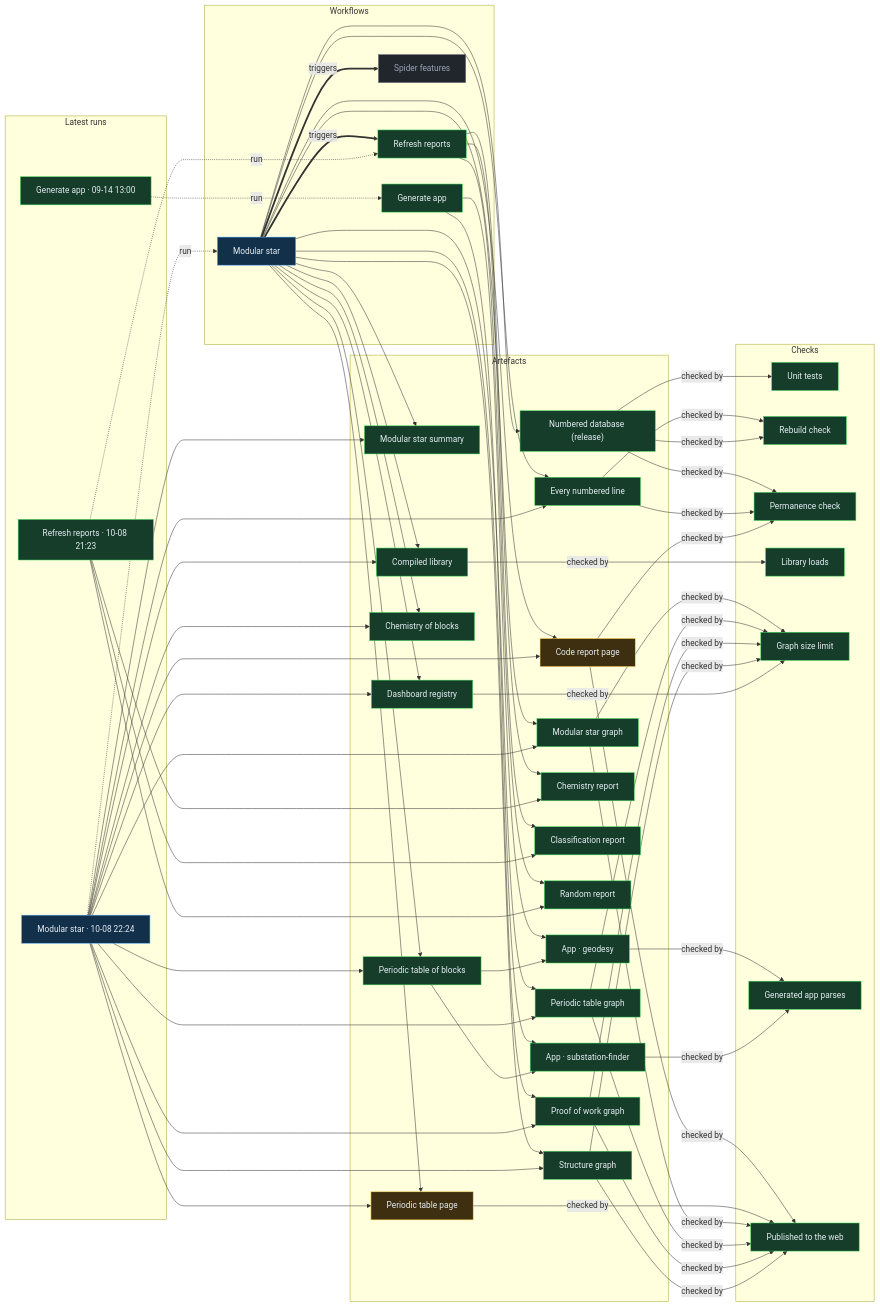
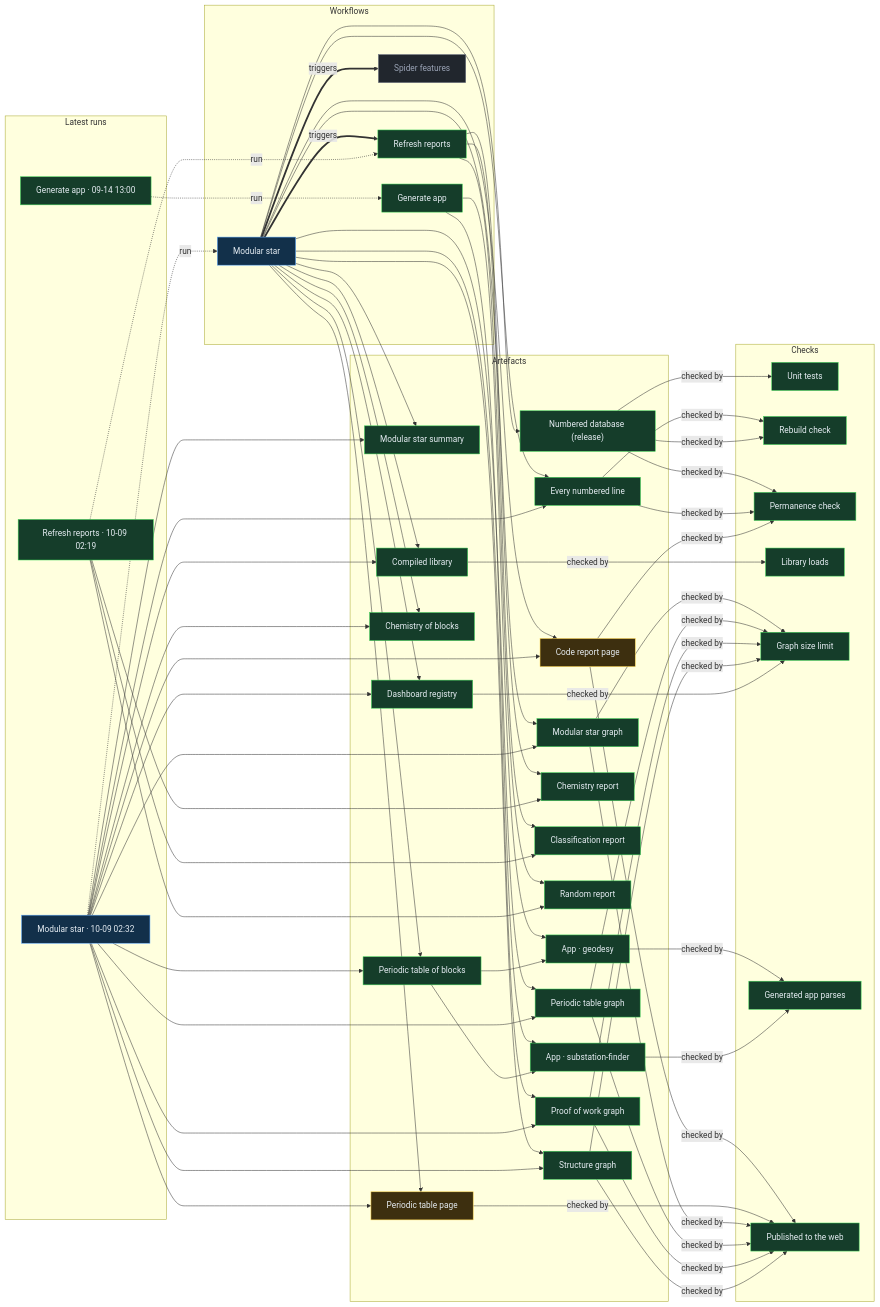
One commit to Ventusltd/stars changed the diagram in proof/PROOF.md. Above: the diagram before and after it, drawn with Mermaid. The commit also changed other lines of this file and 44 other files, not shown here.

Commit message:
Modular star 2026-10-09T02:35Z

```diff
--- a/proof/PROOF.md
+++ b/proof/PROOF.md
@@ -24,8 +24,8 @@
   n_wf_spider_features["Spider features"]:::off
   end
   subgraph g_runs["Latest runs"]
-  n_run_37853262440["Modular star · 10-08 22:24"]:::live
-  n_run_37846481859["Refresh reports · 10-08 21:23"]:::ok
+  n_run_37875033769["Modular star · 10-09 02:32"]:::live
+  n_run_37874011871["Refresh reports · 10-09 02:19"]:::ok
   n_run_34846587798["Generate app · 09-14 13:00"]:::ok
   end
   subgraph g_artefacts["Artefacts"]
@@ -59,39 +59,39 @@
   end
   n_wf_modular_star == triggers ==> n_wf_refresh
   n_wf_modular_star == triggers ==> n_wf_spider_features
-  n_run_37853262440 -. run .-> n_wf_modular_star
-  n_run_37846481859 -. run .-> n_wf_refresh
+  n_run_37875033769 -. run .-> n_wf_modular_star
+  n_run_37874011871 -. run .-> n_wf_refresh
   n_run_34846587798 -. run .-> n_wf_generate
   n_wf_modular_star --> n_art_summary
-  n_run_37853262440 --> n_art_summary
+  n_run_37875033769 --> n_art_summary
   n_wf_modular_star --> n_art_lines
-  n_run_37853262440 --> n_art_lines
+  n_run_37875033769 --> n_art_lines
   n_wf_modular_star --> n_art_code
-  n_run_37853262440 --> n_art_code
+  n_run_37875033769 --> n_art_code
   n_wf_modular_star --> n_art_modular_graph
-  n_run_37853262440 --> n_art_modular_graph
+  n_run_37875033769 --> n_art_modular_graph
   n_wf_modular_star --> n_art_blocks
-  n_run_37853262440 --> n_art_blocks
+  n_run_37875033769 --> n_art_blocks
   n_wf_modular_star --> n_art_table
-  n_run_37853262440 --> n_art_table
+  n_run_37875033769 --> n_art_table
   n_wf_modular_star --> n_art_blocks_graph
-  n_run_37853262440 --> n_art_blocks_graph
+  n_run_37875033769 --> n_art_blocks_graph
   n_wf_modular_star --> n_art_reactions
-  n_run_37853262440 --> n_art_reactions
+  n_run_37875033769 --> n_art_reactions
   n_wf_modular_star --> n_art_library
-  n_run_37853262440 --> n_art_library
+  n_run_37875033769 --> n_art_library
   n_wf_modular_star --> n_art_features
-  n_run_37853262440 --> n_art_features
+  n_run_37875033769 --> n_art_features
   n_wf_modular_star --> n_art_proof
-  n_run_37853262440 --> n_art_proof
+  n_run_37875033769 --> n_art_proof
   n_wf_modular_star --> n_art_structure
-  n_run_37853262440 --> n_art_structure
+  n_run_37875033769 --> n_art_structure
   n_wf_refresh --> n_art_chemistry
-  n_run_37846481859 --> n_art_chemistry
+  n_run_37874011871 --> n_art_chemistry
   n_wf_refresh --> n_art_vedic
-  n_run_37846481859 --> n_art_vedic
+  n_run_37874011871 --> n_art_vedic
   n_wf_refresh --> n_art_random
-  n_run_37846481859 --> n_art_random
+  n_run_37874011871 --> n_art_random
   n_wf_modular_star --> n_art_release
   n_wf_generate --> n_app_geodesy
   n_art_blocks --> n_app_geodesy
```
